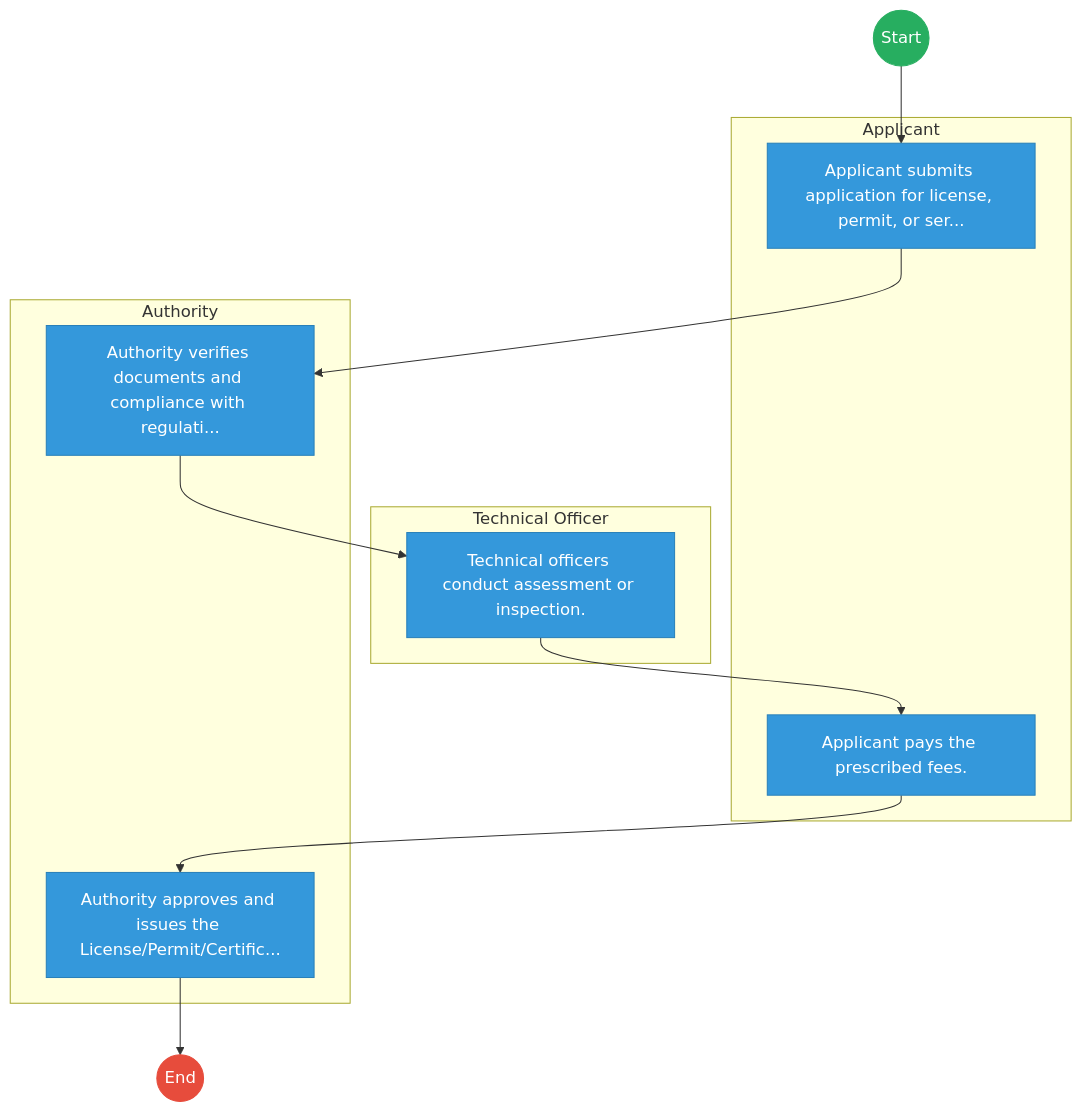
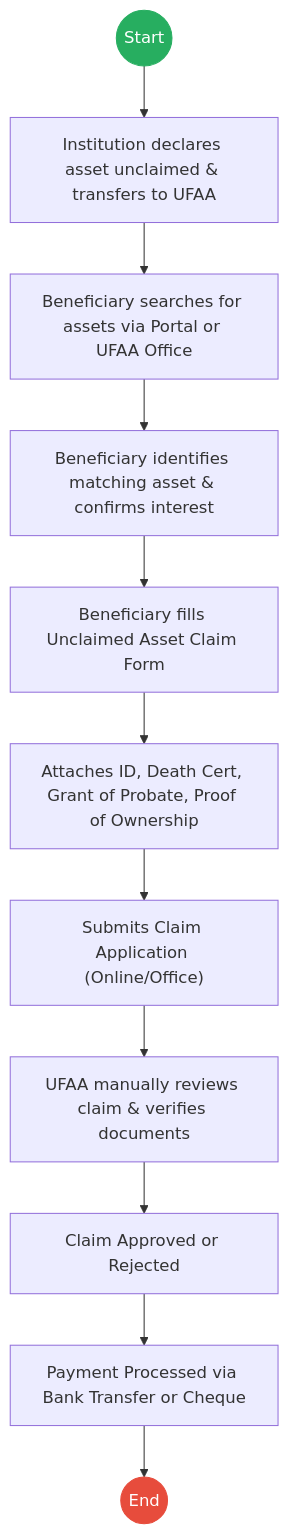
The first of 2 diagrams in mdas/docs_final/Unclaimed_Financial_Assets_Authority___Service_Delivery.md (BITZ-IT-Consulting-LTD/ictapoc), drawn with Mermaid before and after one commit. The commit also changed other lines of this file and 4 other files, not shown here.

````diff
--- a/mdas/docs_final/Unclaimed_Financial_Assets_Authority___Service_Delivery.md
+++ b/mdas/docs_final/Unclaimed_Financial_Assets_Authority___Service_Delivery.md
@@ -20,32 +20,18 @@
 ```mermaid
 graph TD
     Start((Start)) --> S1
-
-    subgraph Applicant [Applicant]
-        S1["Applicant submits application for license, permit, or ser..."]
-        S4["Applicant pays the prescribed fees."]
-    end
-
-    subgraph Authority [Authority]
-        S2["Authority verifies documents and compliance with regulati..."]
-        S5["Authority approves and issues the License/Permit/Certific..."]
-    end
-
-    subgraph Technical_Officer [Technical Officer]
-        S3["Technical officers conduct assessment or inspection."]
-    end
-    S1 --> S2
-    S2 --> S3
-    S3 --> S4
-    S4 --> S5
-    S5 --> End((End))
+    S1["Institution declares asset unclaimed & transfers to UFAA"] --> S2
+    S2["Beneficiary searches for assets via Portal or UFAA Office"] --> S3
+    S3["Beneficiary identifies matching asset & confirms interest"] --> S4
+    S4["Beneficiary fills Unclaimed Asset Claim Form"] --> S5
+    S5["Attaches ID, Death Cert, Grant of Probate, Proof of Ownership"] --> S6
+    S6["Submits Claim Application (Online/Office)"] --> S7
+    S7["UFAA manually reviews claim & verifies documents"] --> S8
+    S8["Claim Approved or Rejected"] --> S9
+    S9["Payment Processed via Bank Transfer or Cheque"] --> End((End))
 
     classDef start fill:#27ae60,stroke:#27ae60,color:#fff;
     classDef endNode fill:#e74c3c,stroke:#e74c3c,color:#fff;
-    classDef userTask fill:#3498db,stroke:#2980b9,color:#fff;
-    classDef serviceTask fill:#9b59b6,stroke:#8e44ad,color:#fff;
-
     class Start start;
     class End endNode;
-    class S1,S2,S3,S4,S5 userTask;
 ```
````
